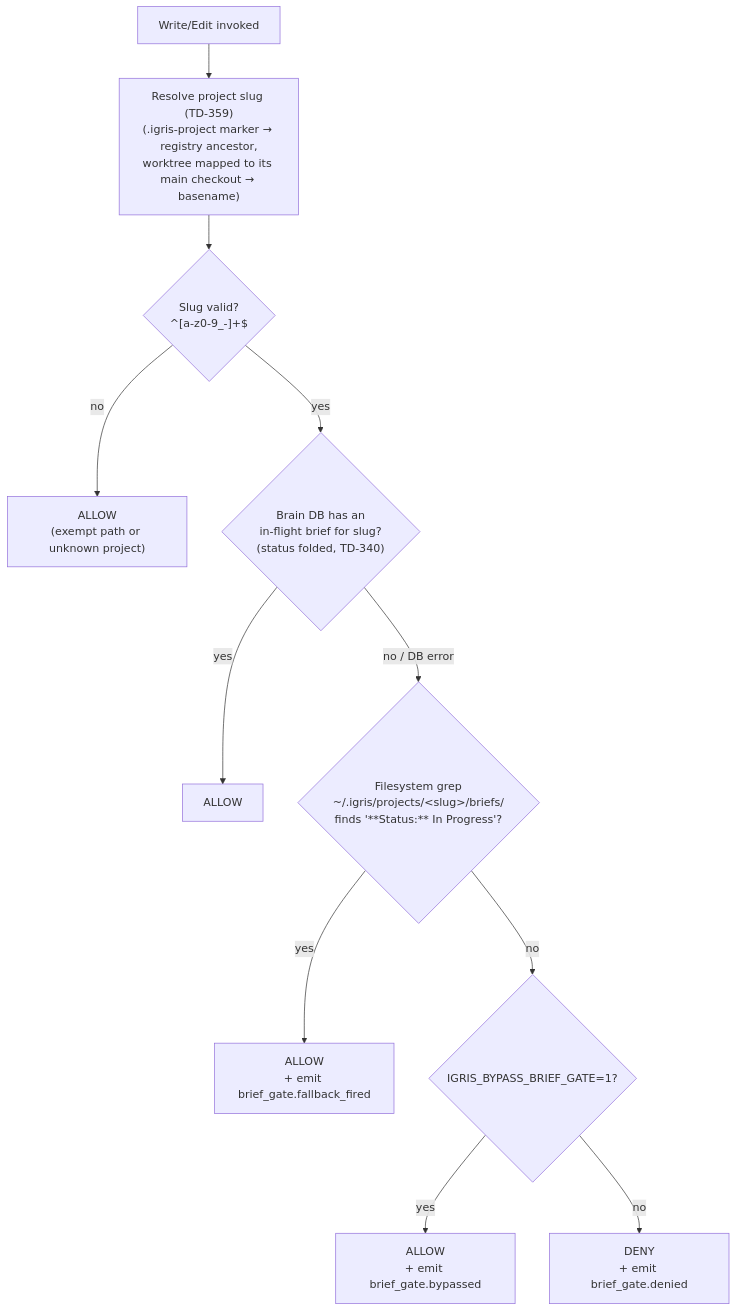
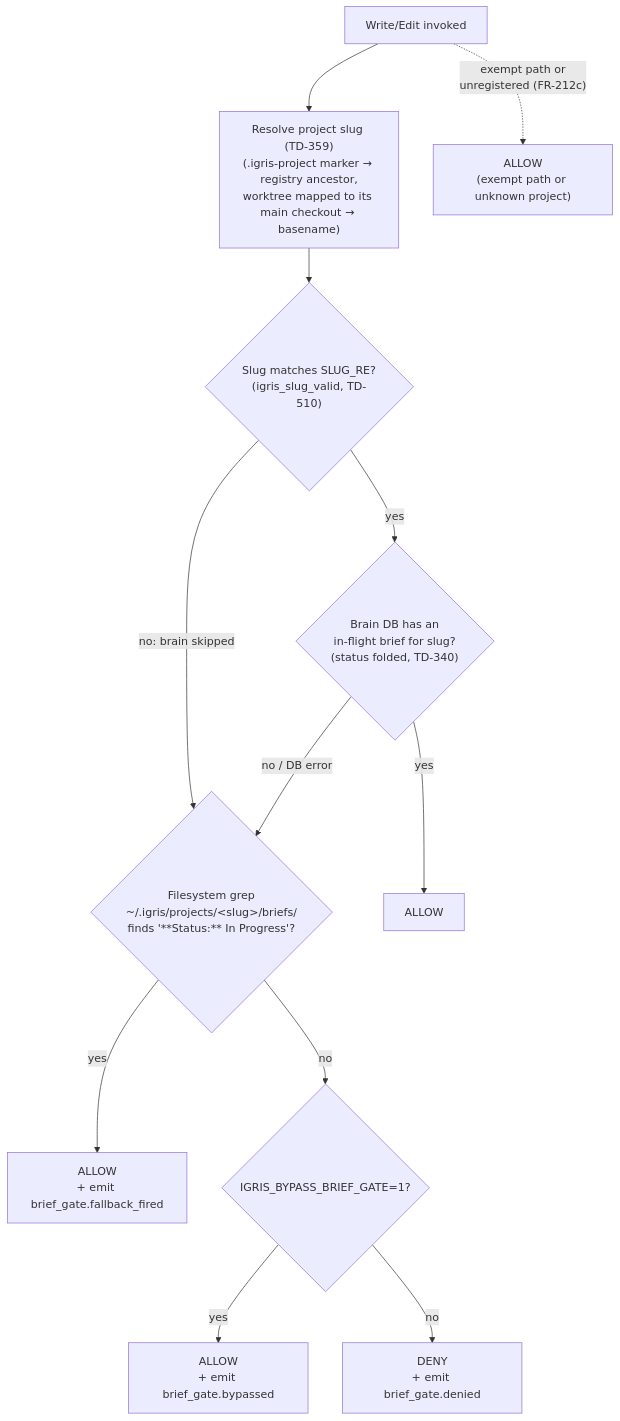
One commit to fiftynotai/igris-ai changed the fourth of 5 diagrams in docs/architecture/SYSTEM.md. Above: the diagram before and after it, drawn with Mermaid. The commit also changed 15 other files, not shown here.

````diff
--- a/docs/architecture/SYSTEM.md
+++ b/docs/architecture/SYSTEM.md
@@ -185,13 +185,13 @@
 ```mermaid
 flowchart TB
     A["Write/Edit invoked"] --> B["Resolve project slug (TD-359)<br/>(.igris-project marker → registry ancestor,<br/>worktree mapped to its main checkout → basename)"]
-    B --> C{"Slug valid?<br/>^[a-z0-9_-]+$"}
-    C -->|"no"| ALLOW1["ALLOW<br/>(exempt path or unknown project)"]
+    B --> C{"Slug matches SLUG_RE?<br/>(igris_slug_valid, TD-510)"}
+    C -->|"no: brain skipped"| E; A -.->|"exempt path or<br/>unregistered (FR-212c)"| ALLOW1["ALLOW<br/>(exempt path or unknown project)"]
     C -->|"yes"| D{"Brain DB has an<br/>in-flight brief for slug?<br/>(status folded, TD-340)"}
     D -->|"yes"| ALLOW2["ALLOW"]
     D -->|"no / DB error"| E{"Filesystem grep<br/>~/.igris/projects/&lt;slug&gt;/briefs/<br/>finds '**Status:** In Progress'?"}
     E -->|"yes"| ALLOW3["ALLOW<br/>+ emit brief_gate.fallback_fired"]
     E -->|"no"| F{"IGRIS_BYPASS_BRIEF_GATE=1?"}
     F -->|"yes"| ALLOW4["ALLOW<br/>+ emit brief_gate.bypassed"]
     F -->|"no"| DENY["DENY<br/>+ emit brief_gate.denied"]
 ```
````
